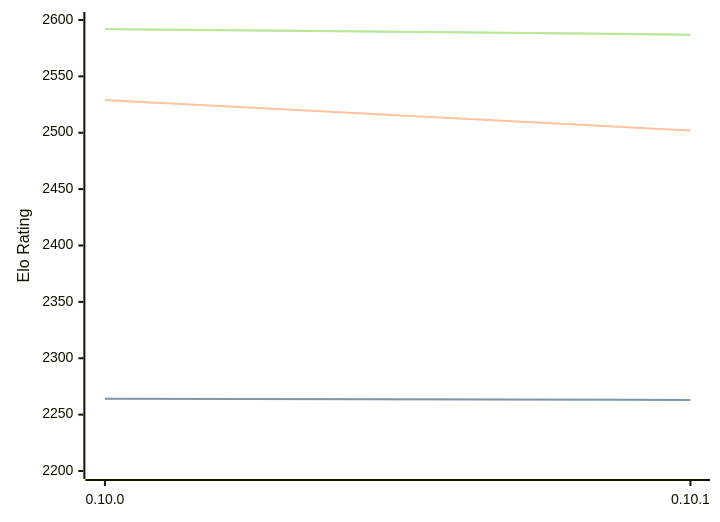
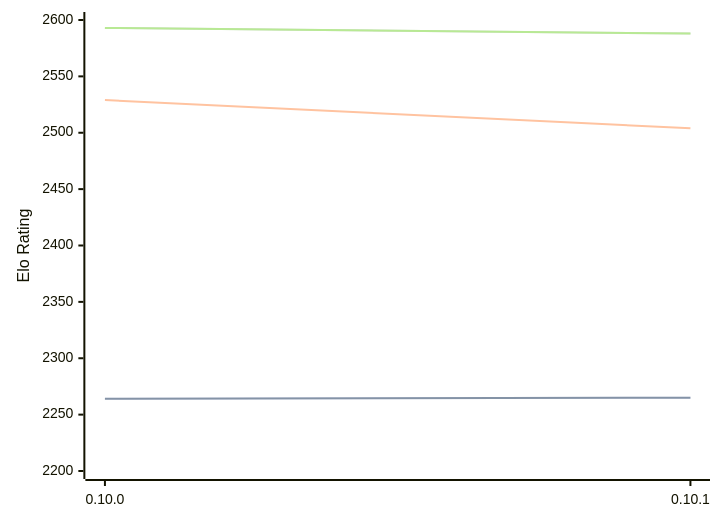
Before and after one commit to computer-chess-index/cci: the diagram in engines/Fatalii.md, drawn with Mermaid. The commit also changed other lines of this file, not shown here.

Commit message:
Update CCI Ratings (ELO VLTC) - 2026-08-15

````diff
--- a/engines/Fatalii.md
+++ b/engines/Fatalii.md
@@ -32,11 +32,11 @@
 ```mermaid
 %%{init: {"theme":"base","themeVariables":{"seriesColors:['#a3a3a3','#222221','#faa371']}}}%%
 xychart-beta
   x-axis ["0.10.0", "0.10.1"]
   y-axis "Elo Rating" 2200 --> 2600
-  line "STC (8.0+0.08s)" [2264, 2263]
-  line "STC (8.0+0.08s)" [2264, 2263]
-  line "LTC (60.0+0.60s)" [2529, 2502]
-  line "VLTC (2m24s+1.12s)" [2592, 2587]
-  line "VLTC (2m24s+1.12s)" [2592, 2587]
+  line "STC (8.0+0.08s)" [2264, 2265]
+  line "STC (8.0+0.08s)" [2264, 2265]
+  line "LTC (60.0+0.60s)" [2529, 2504]
+  line "VLTC (2m24s+1.12s)" [2593, 2588]
+  line "VLTC (2m24s+1.12s)" [2593, 2588]
 ```
````
